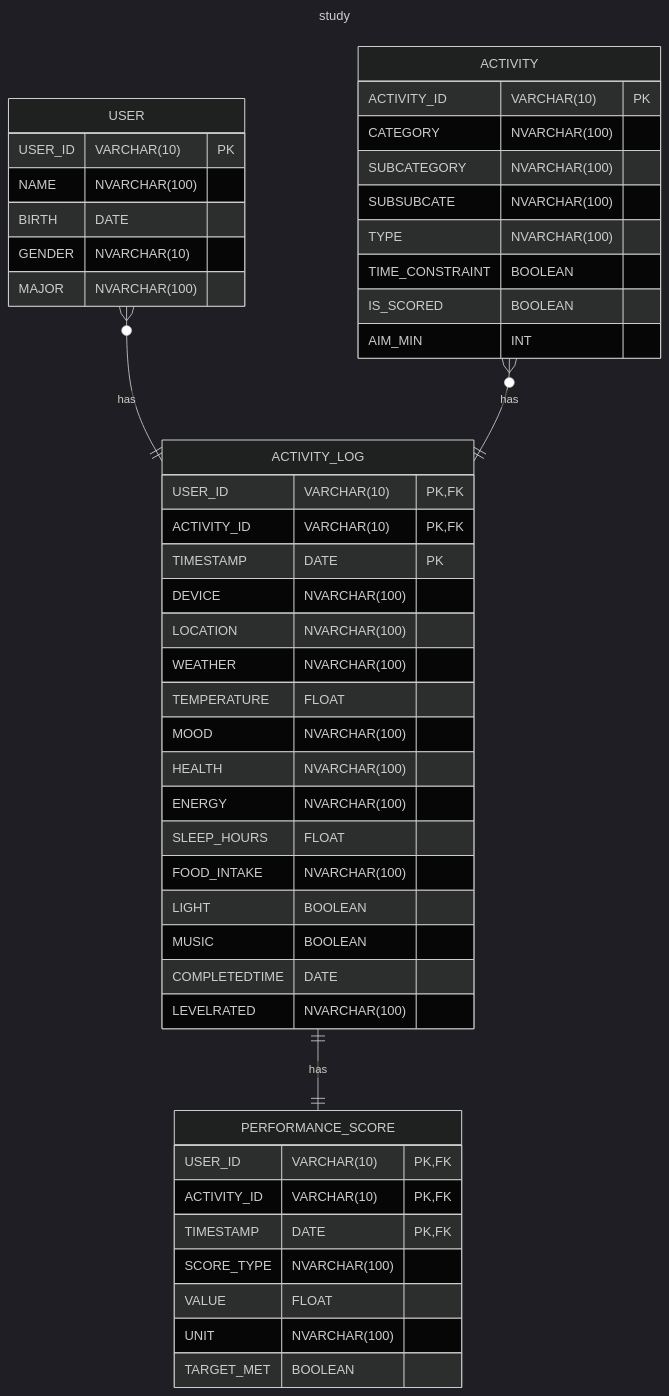
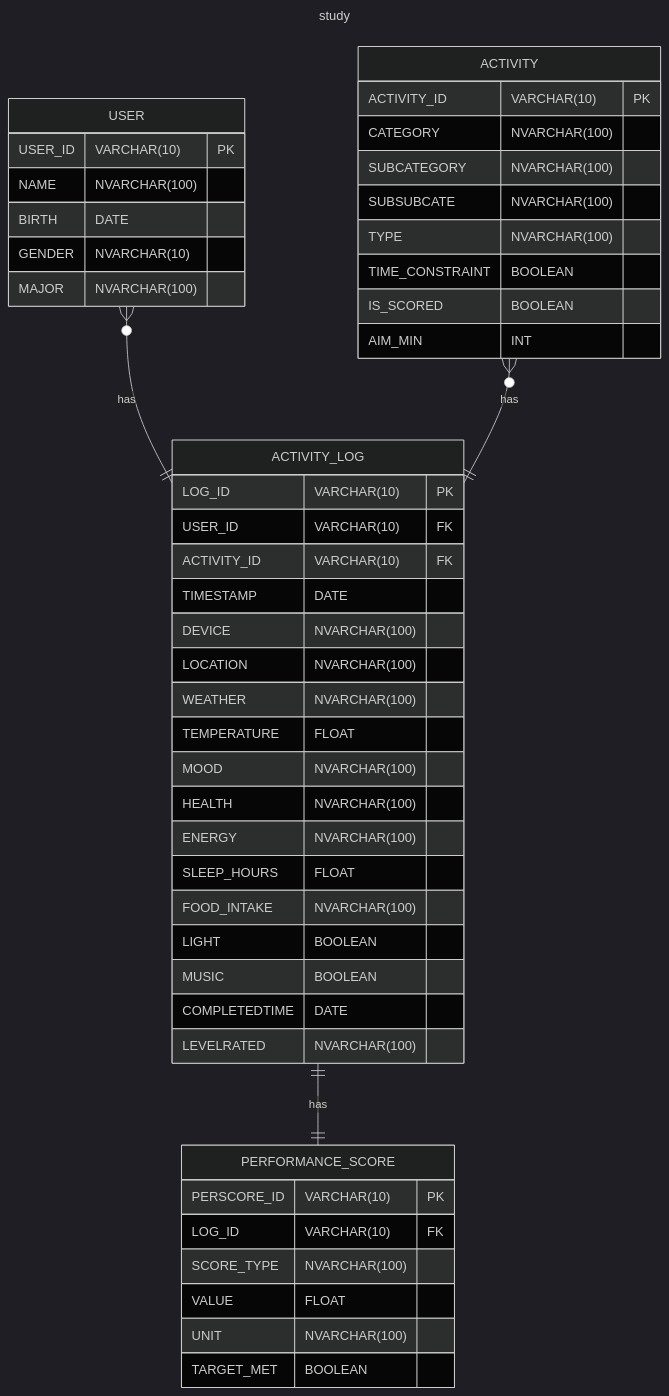
One commit to Bancie/LearningDB changed the diagram in brain.study/README.md. Above: the diagram before and after it, drawn with Mermaid (dark theme). The commit also changed 1 other file, not shown here.

````diff
--- a/brain.study/README.md
+++ b/brain.study/README.md
@@ -2,58 +2,58 @@
 ```mermaid
 ---
 title: study
 ---
 erDiagram
     
     USER {
         USER_ID VARCHAR(10) PK
         NAME NVARCHAR(100)
         BIRTH DATE
         GENDER NVARCHAR(10)
         MAJOR NVARCHAR(100)
     }
 
     ACTIVITY {
         ACTIVITY_ID VARCHAR(10) PK
         CATEGORY NVARCHAR(100)
         SUBCATEGORY NVARCHAR(100)
         SUBSUBCATE NVARCHAR(100)
         TYPE NVARCHAR(100)
         TIME_CONSTRAINT BOOLEAN
         IS_SCORED BOOLEAN
         AIM_MIN INT
     }
 
     ACTIVITY_LOG {
-        USER_ID VARCHAR(10) PK, FK
-        ACTIVITY_ID VARCHAR(10) PK, FK
-        TIMESTAMP DATE PK
+        LOG_ID VARCHAR(10) PK
+        USER_ID VARCHAR(10) FK
+        ACTIVITY_ID VARCHAR(10) FK
+        TIMESTAMP DATE
         DEVICE NVARCHAR(100)
         LOCATION NVARCHAR(100)
         WEATHER NVARCHAR(100)
         TEMPERATURE FLOAT
         MOOD NVARCHAR(100)
         HEALTH NVARCHAR(100)
         ENERGY NVARCHAR(100)
         SLEEP_HOURS FLOAT
         FOOD_INTAKE NVARCHAR(100)
         LIGHT BOOLEAN
         MUSIC BOOLEAN
         COMPLETEDTIME DATE
         LEVELRATED NVARCHAR(100)
     }
 
     PERFORMANCE_SCORE {
-        USER_ID VARCHAR(10) PK, FK
-        ACTIVITY_ID VARCHAR(10) PK, FK
-        TIMESTAMP DATE PK, FK
+        PERSCORE_ID VARCHAR(10) PK
+        LOG_ID VARCHAR(10) FK
         SCORE_TYPE NVARCHAR(100)
         VALUE FLOAT
         UNIT NVARCHAR(100)
         TARGET_MET BOOLEAN
     }
 
     USER o{--|| ACTIVITY_LOG : has
     ACTIVITY o{--|| ACTIVITY_LOG : has
     ACTIVITY_LOG ||--|| PERFORMANCE_SCORE : has
 ```
````
